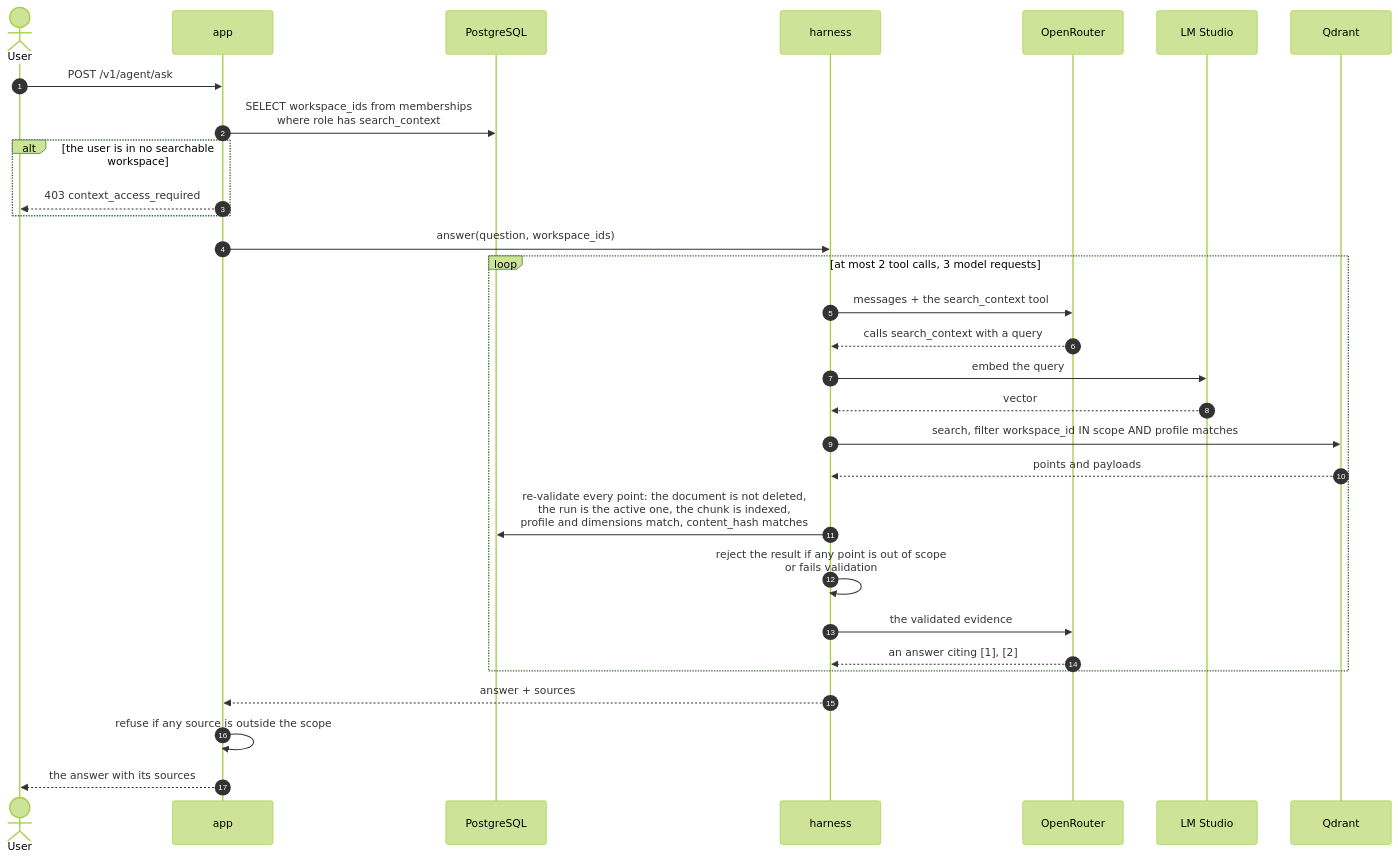
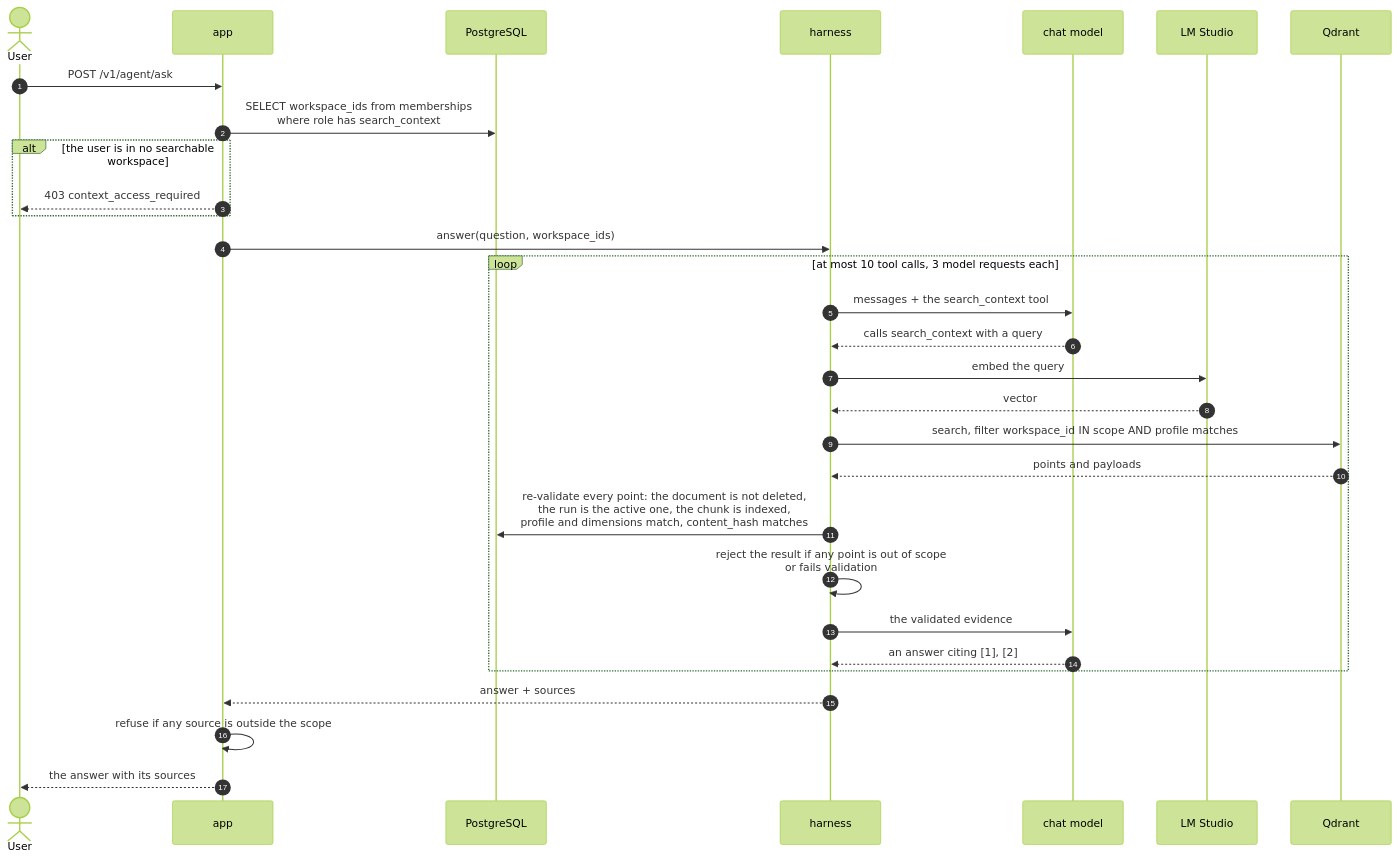
One commit to unedtamps/retriv changed the eighth of 11 diagrams in README.md. Above: the diagram before and after it, drawn with Mermaid (forest theme). The commit also changed other lines of this file and 26 other files, not shown here.

````diff
--- a/README.md
+++ b/README.md
@@ -287,35 +431,35 @@
 ```mermaid
 sequenceDiagram
     autonumber
     actor U as User
     participant A as app
     participant DB as PostgreSQL
     participant H as harness
-    participant L as OpenRouter
+    participant L as chat model
     participant E as LM Studio
     participant Q as Qdrant
 
     U->>A: POST /v1/agent/ask
     A->>DB: SELECT workspace_ids from memberships<br/>where role has search_context
     alt the user is in no searchable workspace
         A-->>U: 403 context_access_required
     end
     A->>H: answer(question, workspace_ids)
 
-    loop at most 2 tool calls, 3 model requests
+    loop at most 10 tool calls, 3 model requests each
         H->>L: messages + the search_context tool
         L-->>H: calls search_context with a query
         H->>E: embed the query
         E-->>H: vector
         H->>Q: search, filter workspace_id IN scope AND profile matches
         Q-->>H: points and payloads
         H->>DB: re-validate every point: the document is not deleted,<br/>the run is the active one, the chunk is indexed,<br/>profile and dimensions match, content_hash matches
         H->>H: reject the result if any point is out of scope<br/>or fails validation
         H->>L: the validated evidence
         L-->>H: an answer citing [1], [2]
     end
 
     H-->>A: answer + sources
     A->>A: refuse if any source is outside the scope
     A-->>U: the answer with its sources
 ```
````
